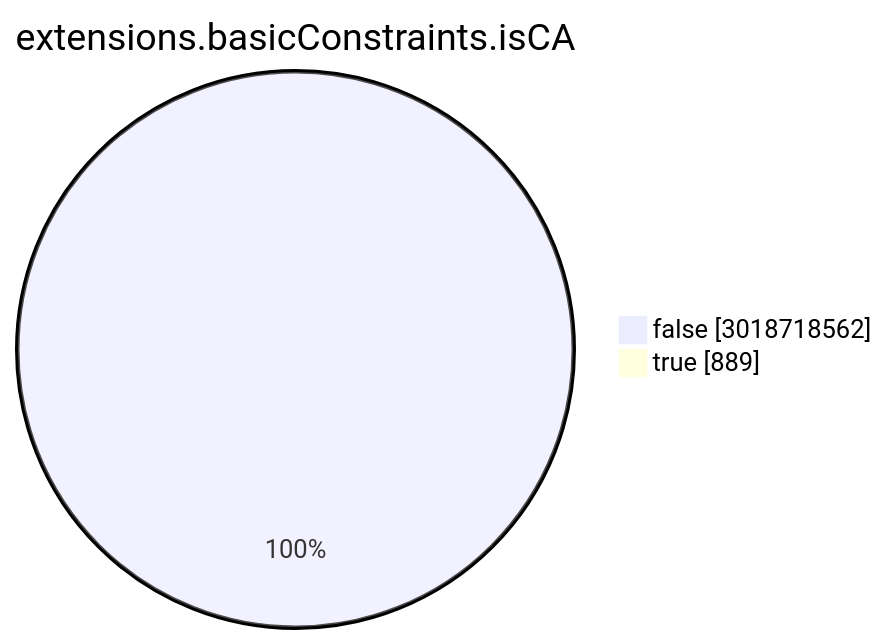
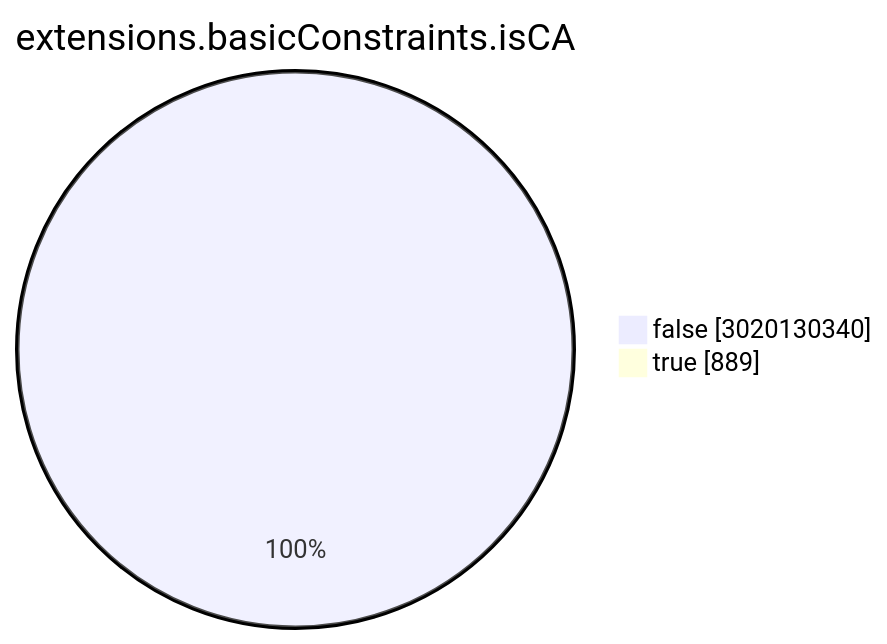
Before and after one commit to christiankrug/ctmonitor_visualization: the seventh of 15 diagrams in TOTAL/README.md, drawn with Mermaid. The commit also changed other lines of this file, not shown here.

````diff
--- a/TOTAL/README.md
+++ b/TOTAL/README.md
@@ -3086,6 +3087,6 @@
 ```mermaid
 pie showData
 title extensions.basicConstraints.isCA
-"false" :3018718562
+"false" :3020130340
 "true" :889
 ```
````
